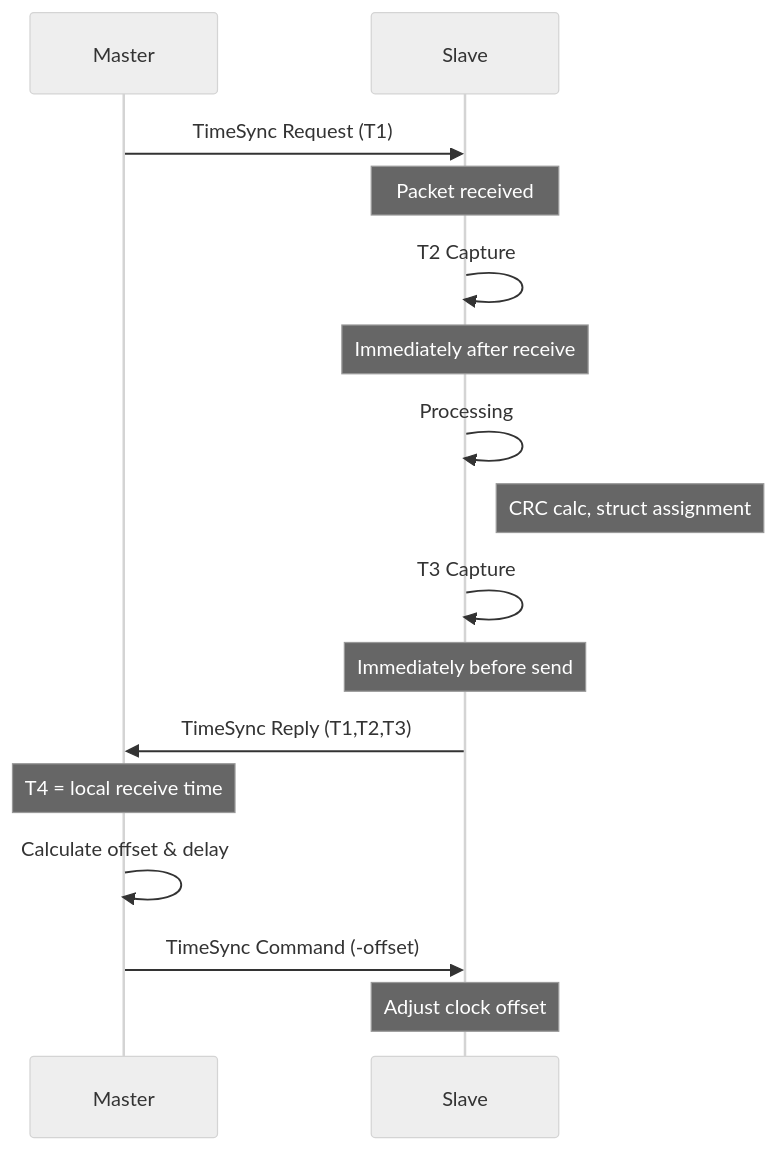
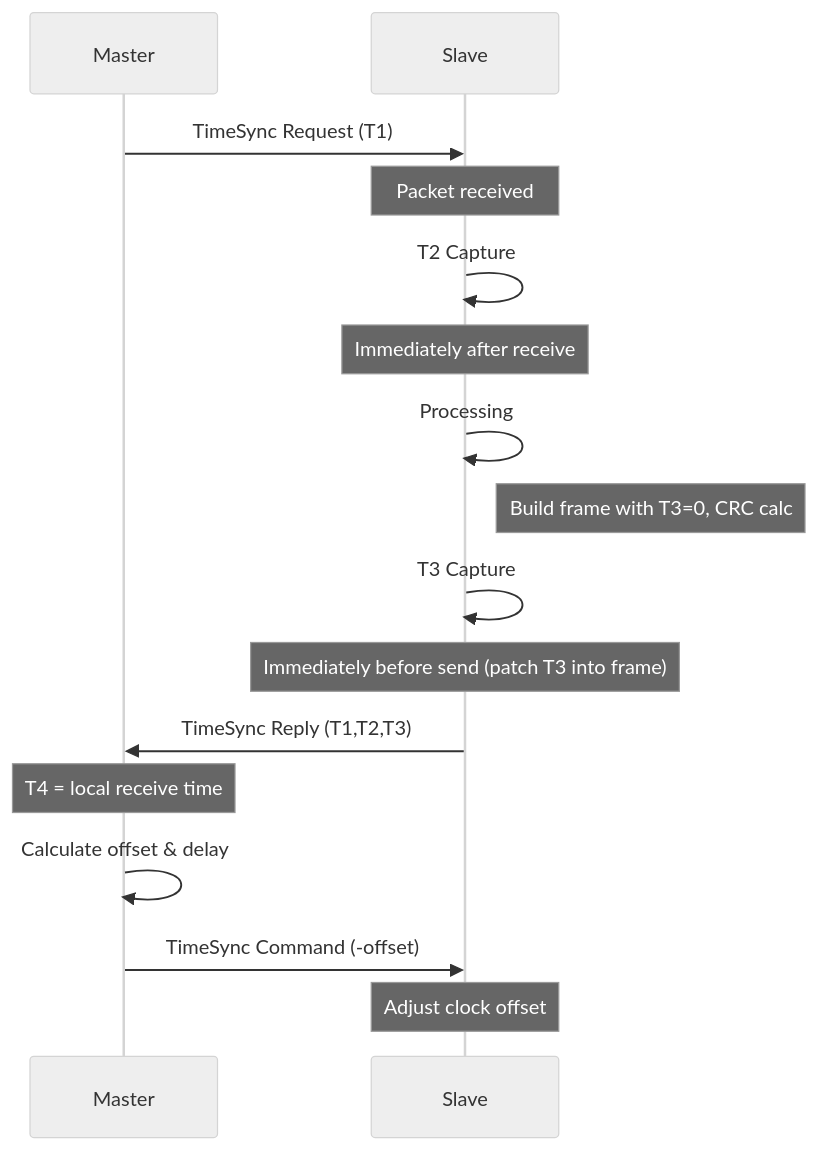
The first of 2 diagrams in docs/device/time_sync.md (bugparty/powermonitor), drawn with Mermaid (neutral theme) before and after one commit. The commit also changed other lines of this file and 22 other files, not shown here.

````diff
--- a/docs/device/time_sync.md
+++ b/docs/device/time_sync.md
@@ -35,26 +80,26 @@
 ```mermaid
 sequenceDiagram
     participant M as Master
     participant S as Slave
     
     M->>S: TimeSync Request (T1)
     
     Note over S: Packet received
     S->>S: T2 Capture
     Note over S: Immediately after receive
     
     S->>S: Processing
-    Note right of S: CRC calc, struct assignment
-    
+    Note right of S: Build frame with T3=0, CRC calc
+
     S->>S: T3 Capture
-    Note over S: Immediately before send
+    Note over S: Immediately before send (patch T3 into frame)
     
     S->>M: TimeSync Reply (T1,T2,T3)
     
     Note over M: T4 = local receive time
     M->>M: Calculate offset & delay
     
     M->>S: TimeSync Command (-offset)
     
     Note over S: Adjust clock offset
 ```
````
